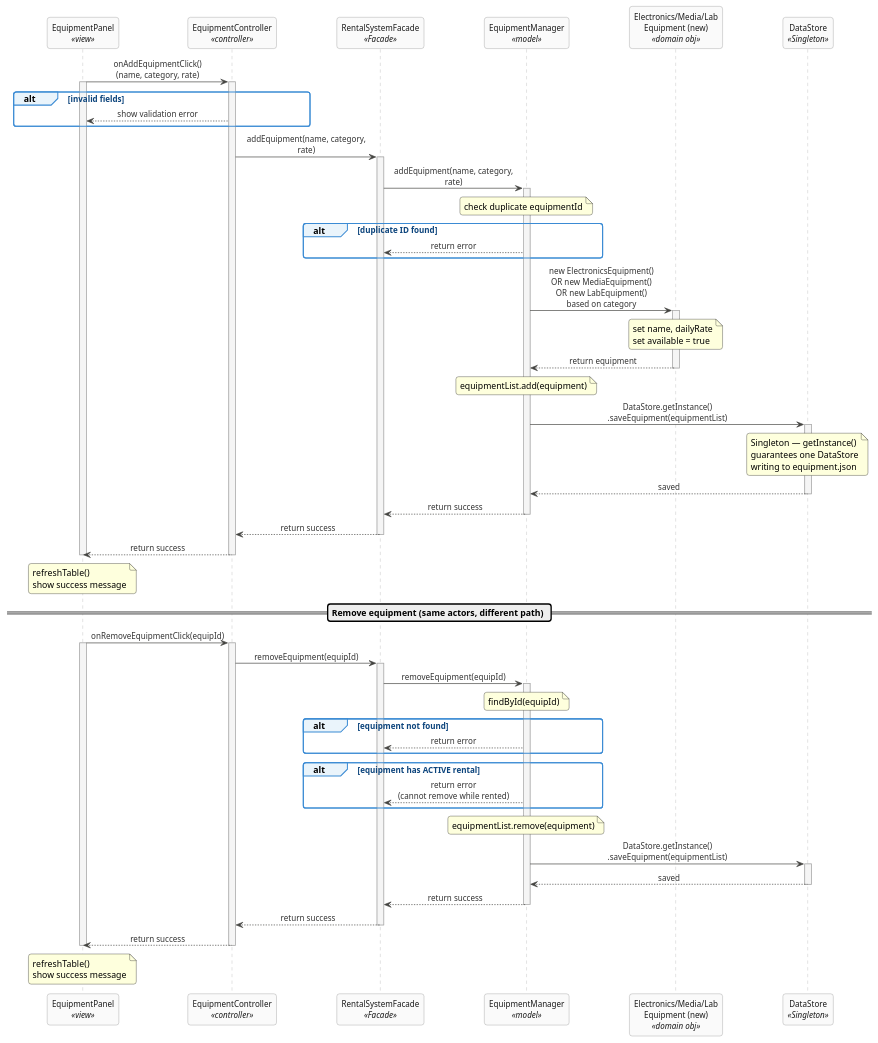
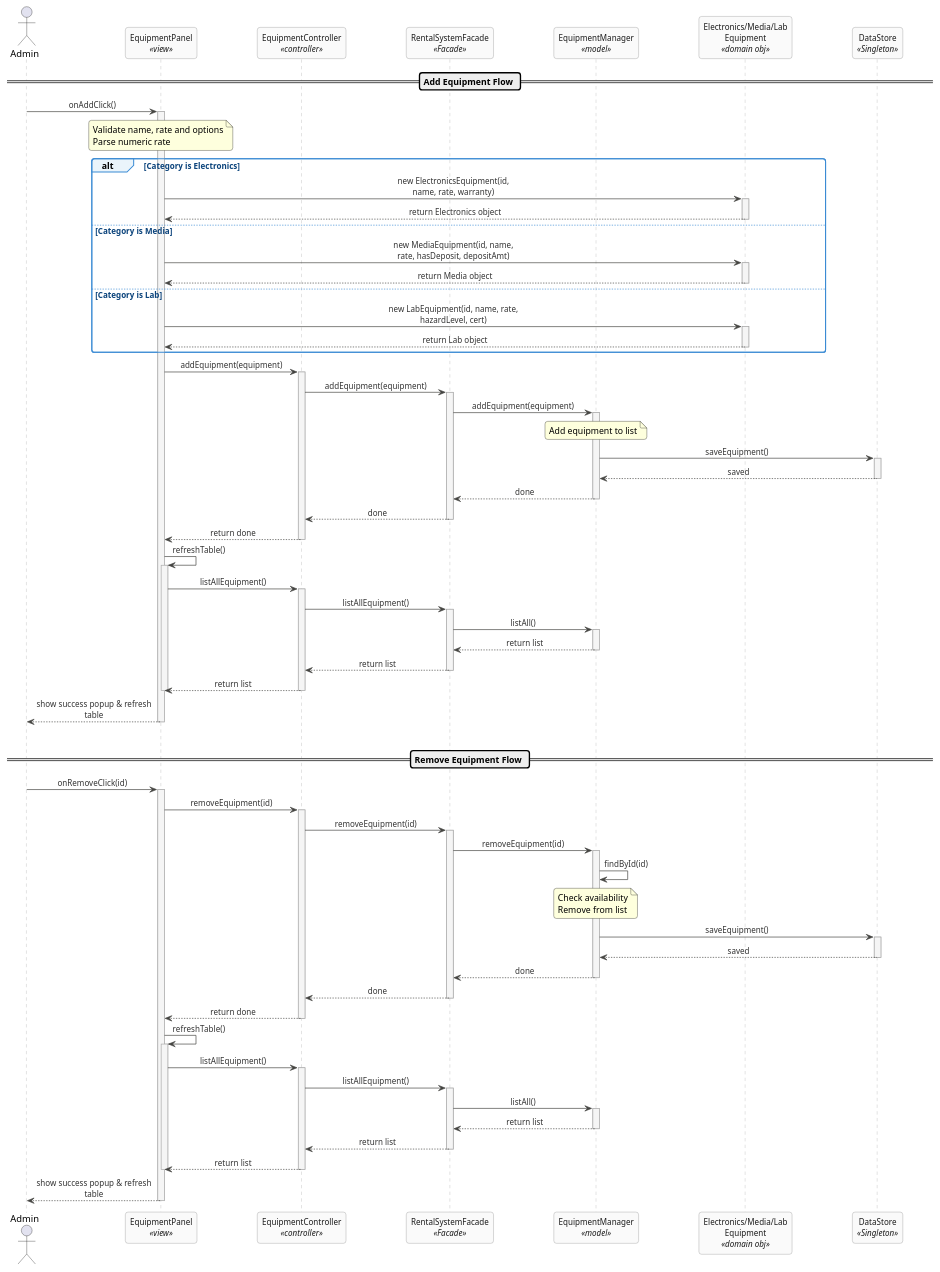
The diagram in diagrams/FINAL_sequence_manage_equipment.puml (sarafidi/G1_SmartEquipmentRental-BillingSystem), drawn with PlantUML before and after one commit. The commit also changed 5 other files, not shown here.

```diff
--- a/diagrams/FINAL_sequence_manage_equipment.puml
+++ b/diagrams/FINAL_sequence_manage_equipment.puml
@@ -1,158 +1,165 @@
 @startuml ManageEquipment
 
 skinparam sequenceMessageAlign center
 skinparam responseMessageBelowArrow true
 skinparam maxMessageSize 200
 skinparam roundcorner 8
 skinparam shadowing false
 skinparam stereotypePosition bottom
 skinparam ParticipantPadding 40
 
 skinparam participant {
   BackgroundColor #FAFAFA
   BorderColor     #888888
   FontColor       #1A1A1A
   FontSize        12
 }
 
 skinparam sequence {
   ArrowColor              #444441
   ArrowFontSize           12
   ArrowFontColor          #333333
   LifeLineBorderColor     #AAAAAA
   LifeLineBackgroundColor #F5F5F5
   GroupBackgroundColor    #EAF4FB
   GroupBorderColor        #3B8BD4
   GroupFontColor          #0C447C
   GroupFontSize           12
   NoteBackgroundColor     #FFF8E8
   NoteBorderColor         #AAAAAA
   NoteFontSize            12
 }
 
-' ═══════════════════════════════════════════════════
-' PARTICIPANTS — matches visual diagram 4
-' 6 lifelines: EquipmentPanel, EquipmentController,
-'              Facade, EquipmentManager,
-'              Equipment (new obj), DataStore
-' ═══════════════════════════════════════════════════
+actor "Admin" as Actor
 participant "EquipmentPanel" as View <<view>>
 participant "EquipmentController" as Ctrl <<controller>>
 participant "RentalSystemFacade" as Facade <<Facade>>
 participant "EquipmentManager" as EqMgr <<model>>
-participant "Electronics/Media/Lab\nEquipment (new)" as EqObj <<domain obj>>
+participant "Electronics/Media/Lab\nEquipment" as EqObj <<domain obj>>
 participant "DataStore" as DS <<Singleton>>
 
-' ═══════════════════════════════════════════════════
-' MESSAGE FLOW — matches visual diagram 4
-' ═══════════════════════════════════════════════════
+' ===================================================
+' ADD EQUIPMENT FLOW
+' ===================================================
+== Add Equipment Flow ==
 
-' Step 1 — Admin fills add-equipment form
-View -> Ctrl : onAddEquipmentClick()\n(name, category, rate)
+Actor -> View : onAddClick()
 activate View
+
+note over View : Validate name, rate and options\nParse numeric rate
+
+' Factory instantiation inside View
+alt Category is Electronics
+  View -> EqObj : new ElectronicsEquipment(id, name, rate, warranty)
+  activate EqObj
+  EqObj --> View : return Electronics object
+  deactivate EqObj
+else Category is Media
+  View -> EqObj : new MediaEquipment(id, name, rate, hasDeposit, depositAmt)
+  activate EqObj
+  EqObj --> View : return Media object
+  deactivate EqObj
+else Category is Lab
+  View -> EqObj : new LabEquipment(id, name, rate, hazardLevel, cert)
+  activate EqObj
+  EqObj --> View : return Lab object
+  deactivate EqObj
+end
+
+View -> Ctrl : addEquipment(equipment)
 activate Ctrl
 
-' alt: invalid fields
-group alt [invalid fields]
-  Ctrl --> View : show validation error
-end
-
-' Step 2
-Ctrl -> Facade : addEquipment(name, category, rate)
+Ctrl -> Facade : addEquipment(equipment)
 activate Facade
 
-' Step 3
-Facade -> EqMgr : addEquipment(name, category, rate)
+Facade -> EqMgr : addEquipment(equipment)
 activate EqMgr
 
-' Step 4 — duplicate check
-note over EqMgr : check duplicate equipmentId
+note over EqMgr : Add equipment to list
 
-group alt [duplicate ID found]
-  EqMgr --> Facade : return error
-end
-
-' Step 5 — polymorphism: instantiate correct subclass
-EqMgr -> EqObj : new ElectronicsEquipment()\nOR new MediaEquipment()\nOR new LabEquipment()\nbased on category
-activate EqObj
-
-' Step 6
-note over EqObj : set name, dailyRate\nset available = true
-
-' Step 7
-EqObj --> EqMgr : return equipment
-deactivate EqObj
-
-' Step 8
-note over EqMgr : equipmentList.add(equipment)
-
-' Step 9 — persist via Singleton
-EqMgr -> DS : DataStore.getInstance()\n.saveEquipment(equipmentList)
-activate DS
-
-note over DS : Singleton — getInstance()\nguarantees one DataStore\nwriting to equipment.json
-
-DS --> EqMgr : saved
-deactivate DS
-
-' Step 12
-EqMgr --> Facade : return success
-deactivate EqMgr
-
-' Step 13
-Facade --> Ctrl : return success
-deactivate Facade
-
-' Step 14
-Ctrl --> View : return success
-deactivate Ctrl
-
-' Step 15
-note over View : refreshTable()\nshow success message
-deactivate View
-
-' ═══════════════════════════════════════════════════
-' REMOVE EQUIPMENT — same diagram, separate flow
-' ═══════════════════════════════════════════════════
-== Remove equipment (same actors, different path) ==
-
-View -> Ctrl : onRemoveEquipmentClick(equipId)
-activate View
-activate Ctrl
-
-Ctrl -> Facade : removeEquipment(equipId)
-activate Facade
-
-Facade -> EqMgr : removeEquipment(equipId)
-activate EqMgr
-
-note over EqMgr : findById(equipId)
-
-group alt [equipment not found]
-  EqMgr --> Facade : return error
-end
-
-group alt [equipment has ACTIVE rental]
-  EqMgr --> Facade : return error\n(cannot remove while rented)
-end
-
-note over EqMgr : equipmentList.remove(equipment)
-
-EqMgr -> DS : DataStore.getInstance()\n.saveEquipment(equipmentList)
+EqMgr -> DS : saveEquipment()
 activate DS
 DS --> EqMgr : saved
 deactivate DS
 
-EqMgr --> Facade : return success
+EqMgr --> Facade : done
 deactivate EqMgr
 
-Facade --> Ctrl : return success
+Facade --> Ctrl : done
 deactivate Facade
 
-Ctrl --> View : return success
+Ctrl --> View : return done
 deactivate Ctrl
 
-note over View : refreshTable()\nshow success message
+View -> View : refreshTable()
+activate View
+View -> Ctrl : listAllEquipment()
+activate Ctrl
+Ctrl -> Facade : listAllEquipment()
+activate Facade
+Facade -> EqMgr : listAll()
+activate EqMgr
+EqMgr --> Facade : return list
+deactivate EqMgr
+Facade --> Ctrl : return list
+deactivate Facade
+Ctrl --> View : return list
+deactivate Ctrl
+deactivate View
+View --> Actor : show success popup & refresh table
+deactivate View
+
+|||
+' ===================================================
+' REMOVE EQUIPMENT FLOW
+' ===================================================
+== Remove Equipment Flow ==
+
+Actor -> View : onRemoveClick(id)
+activate View
+
+View -> Ctrl : removeEquipment(id)
+activate Ctrl
+
+Ctrl -> Facade : removeEquipment(id)
+activate Facade
+
+Facade -> EqMgr : removeEquipment(id)
+activate EqMgr
+
+EqMgr -> EqMgr : findById(id)
+note over EqMgr : Check availability\nRemove from list
+
+EqMgr -> DS : saveEquipment()
+activate DS
+DS --> EqMgr : saved
+deactivate DS
+
+EqMgr --> Facade : done
+deactivate EqMgr
+
+Facade --> Ctrl : done
+deactivate Facade
+
+Ctrl --> View : return done
+deactivate Ctrl
+
+View -> View : refreshTable()
+activate View
+View -> Ctrl : listAllEquipment()
+activate Ctrl
+Ctrl -> Facade : listAllEquipment()
+activate Facade
+Facade -> EqMgr : listAll()
+activate EqMgr
+EqMgr --> Facade : return list
+deactivate EqMgr
+Facade --> Ctrl : return list
+deactivate Facade
+Ctrl --> View : return list
+deactivate Ctrl
+deactivate View
+View --> Actor : show success popup & refresh table
 deactivate View
 
 @enduml
```
